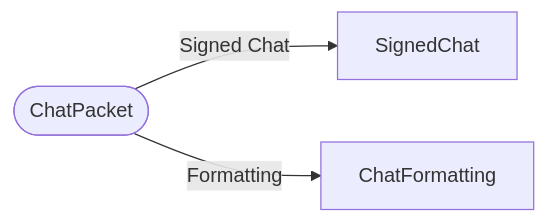
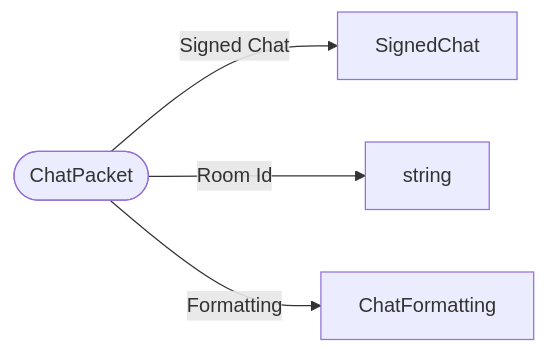
The diagram in schemas/packets/ChatPacket.md (bedrock-v/protocol-docs), drawn with Mermaid before and after one commit. The commit also changed other lines of this file and 32 other files, not shown here.

````diff
--- a/schemas/packets/ChatPacket.md
+++ b/schemas/packets/ChatPacket.md
@@ -7,6 +7,7 @@
 ```mermaid
 flowchart LR
   ROOT(["ChatPacket"])
   ROOT -->|"Signed Chat"| SignedChat["SignedChat"]
+  ROOT -->|"Room Id"| string["string"]
   ROOT -->|"Formatting"| ChatFormatting["ChatFormatting"]
 ```
````
